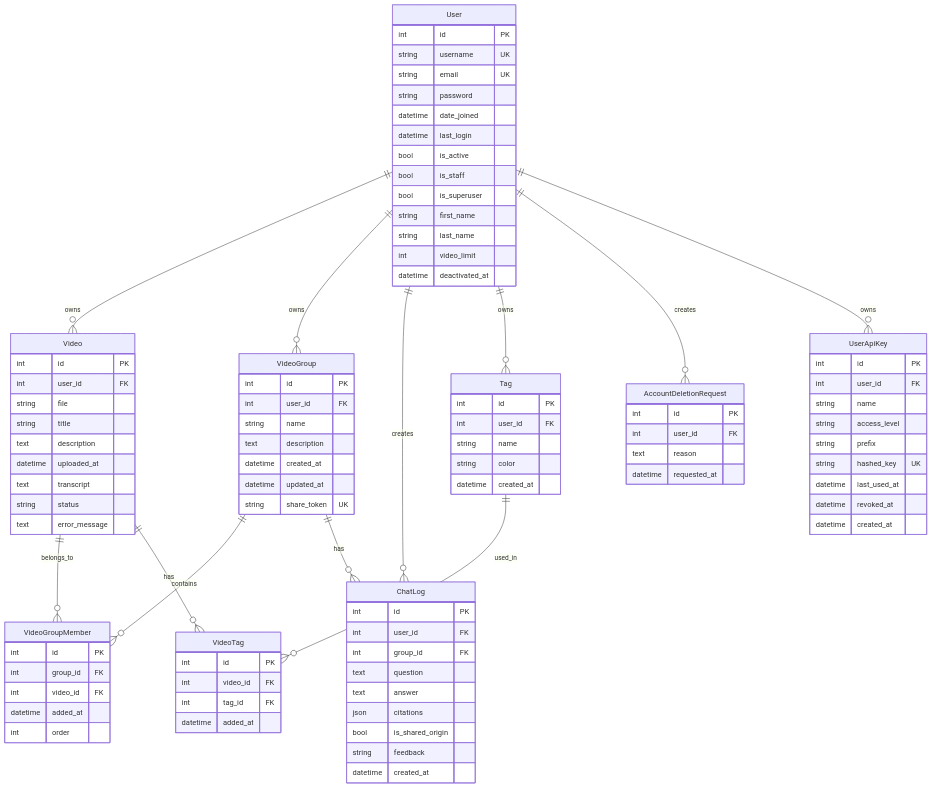
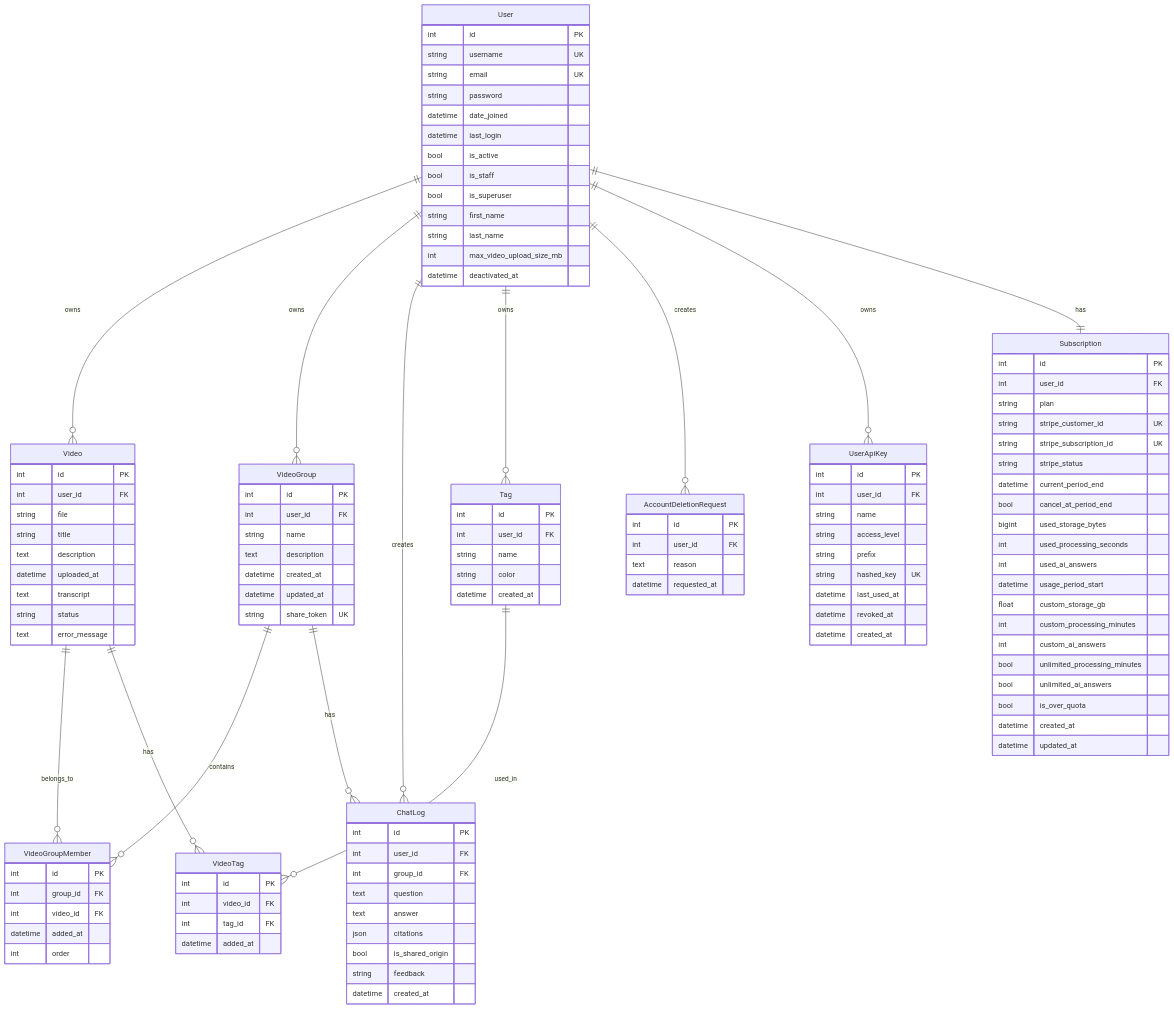
Before and after one commit to yukiharada1228/videoq: the diagram in docs/database/er-diagram.md, drawn with Mermaid. The commit also changed other lines of this file and 12 other files, not shown here.

```diff
--- a/docs/database/er-diagram.md
+++ b/docs/database/er-diagram.md
@@ -14,12 +14,13 @@
     User ||--o{ Tag : owns
     User ||--o{ AccountDeletionRequest : creates
     User ||--o{ UserApiKey : owns
+    User ||--|| Subscription : has
     VideoGroup ||--o{ VideoGroupMember : contains
     Video ||--o{ VideoGroupMember : belongs_to
     Video ||--o{ VideoTag : has
     Tag ||--o{ VideoTag : used_in
     VideoGroup ||--o{ ChatLog : has
-    
+
     User {
         int id PK
         string username UK
@@ -32,8 +33,31 @@
         bool is_superuser
         string first_name
         string last_name
-        int video_limit
+        int max_video_upload_size_mb
         datetime deactivated_at
+    }
+
+    Subscription {
+        int id PK
+        int user_id FK
+        string plan
+        string stripe_customer_id UK
+        string stripe_subscription_id UK
+        string stripe_status
+        datetime current_period_end
+        bool cancel_at_period_end
+        bigint used_storage_bytes
+        int used_processing_seconds
+        int used_ai_answers
+        datetime usage_period_start
+        float custom_storage_gb
+        int custom_processing_minutes
+        int custom_ai_answers
+        bool unlimited_processing_minutes
+        bool unlimited_ai_answers
+        bool is_over_quota
+        datetime created_at
+        datetime updated_at
     }
     
     Video {
```
